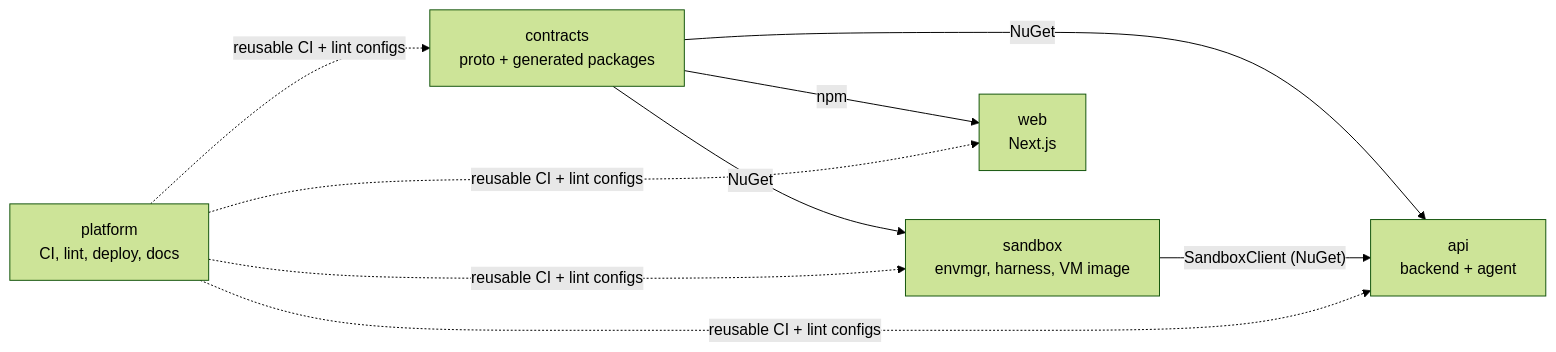
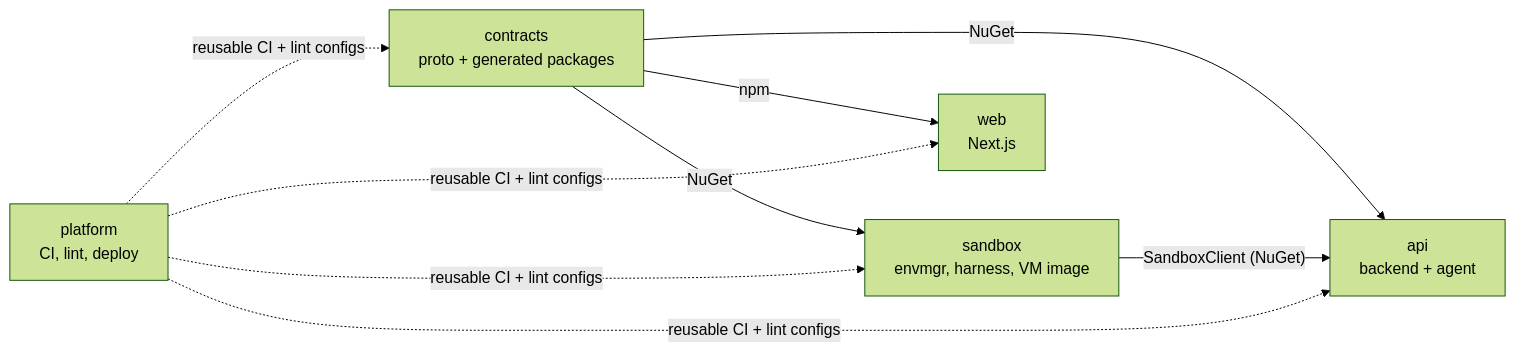
Before and after one commit to kubernetes-learning-platform/docs: the first of 2 diagrams in ARCHITECTURE.md, drawn with Mermaid (forest theme). The commit also changed 1 other file, not shown here.

Commit message:
docs: link new repos

````diff
--- a/ARCHITECTURE.md
+++ b/ARCHITECTURE.md
@@ -61,14 +61,14 @@
 ```mermaid
 flowchart LR
     contracts["contracts<br/>proto + generated packages"]
     sandbox["sandbox<br/>envmgr, harness, VM image"]
     api["api<br/>backend + agent"]
     web["web<br/>Next.js"]
-    platform["platform<br/>CI, lint, deploy, docs"]
+    platform["platform<br/>CI, lint, deploy"]
 
     contracts -->|NuGet| sandbox
     contracts -->|NuGet| api
     contracts -->|npm| web
     sandbox -->|"SandboxClient (NuGet)"| api
     platform -.->|"reusable CI + lint configs"| contracts & sandbox & api & web
 ```
````
